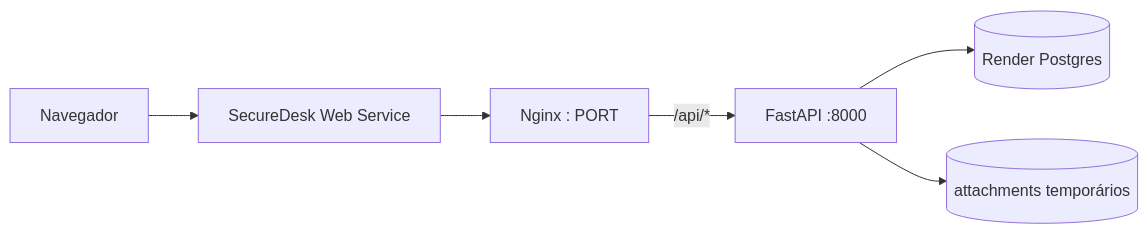
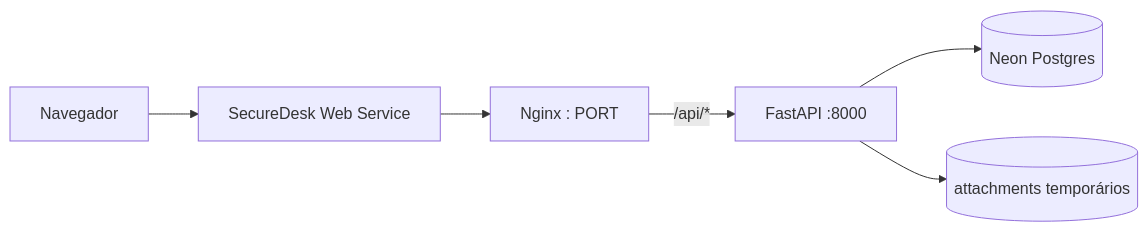
Before and after one commit to Jefferson21092008/SecureDesk: the diagram in docs/DEPLOYMENT.md, drawn with Mermaid. The commit also changed other lines of this file and 4 other files, not shown here.

Commit message:
deploy: use Neon Postgres

````diff
--- a/docs/DEPLOYMENT.md
+++ b/docs/DEPLOYMENT.md
@@ -7,8 +7,8 @@
 ```mermaid
 flowchart LR
     Browser[Navegador] --> Web[SecureDesk Web Service]
     Web --> Nginx[Nginx : PORT]
     Nginx -->|/api/*| API[FastAPI :8000]
-    API --> DB[(Render Postgres)]
+    API --> DB[(Neon Postgres)]
     API --> Temp[(attachments temporários)]
 ```
````
